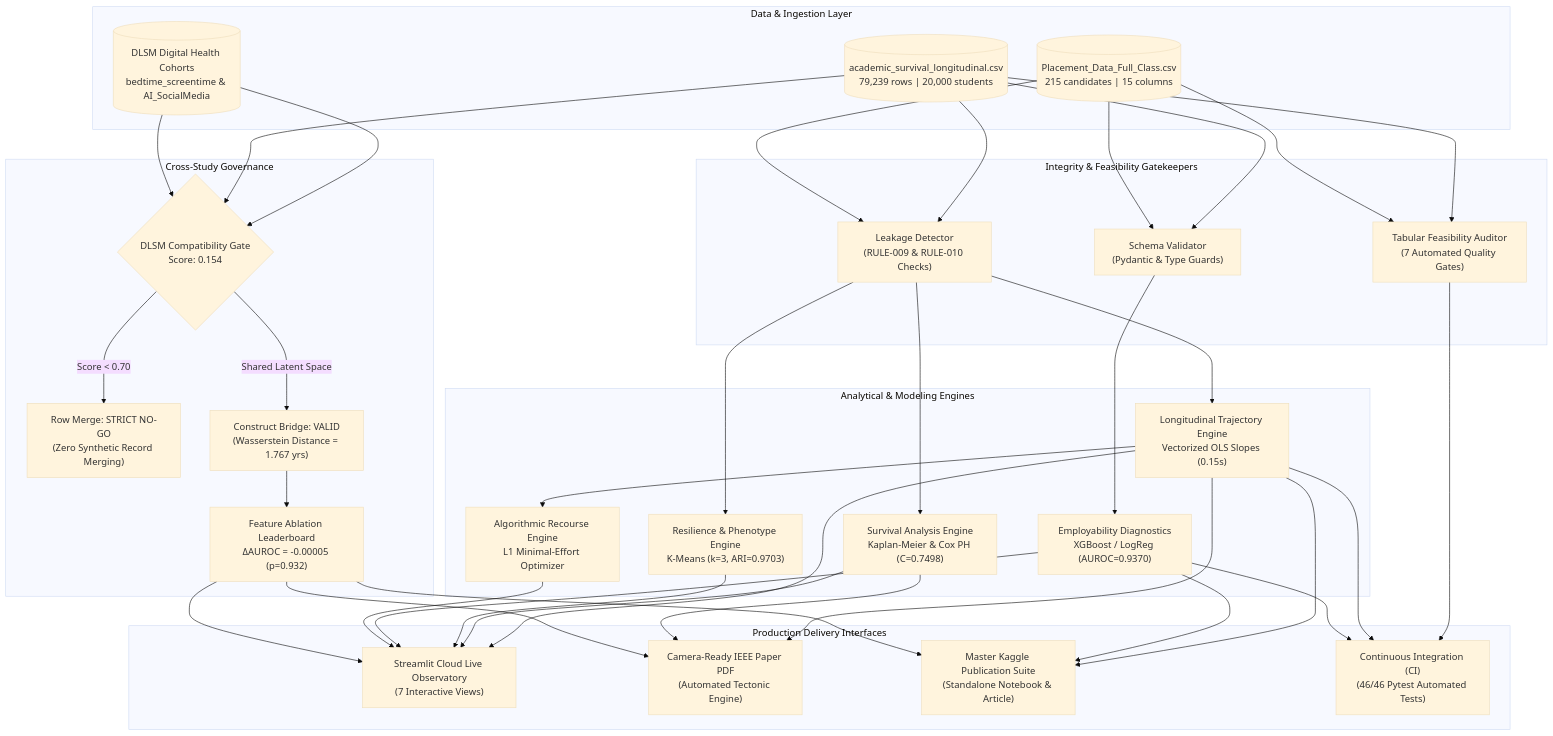
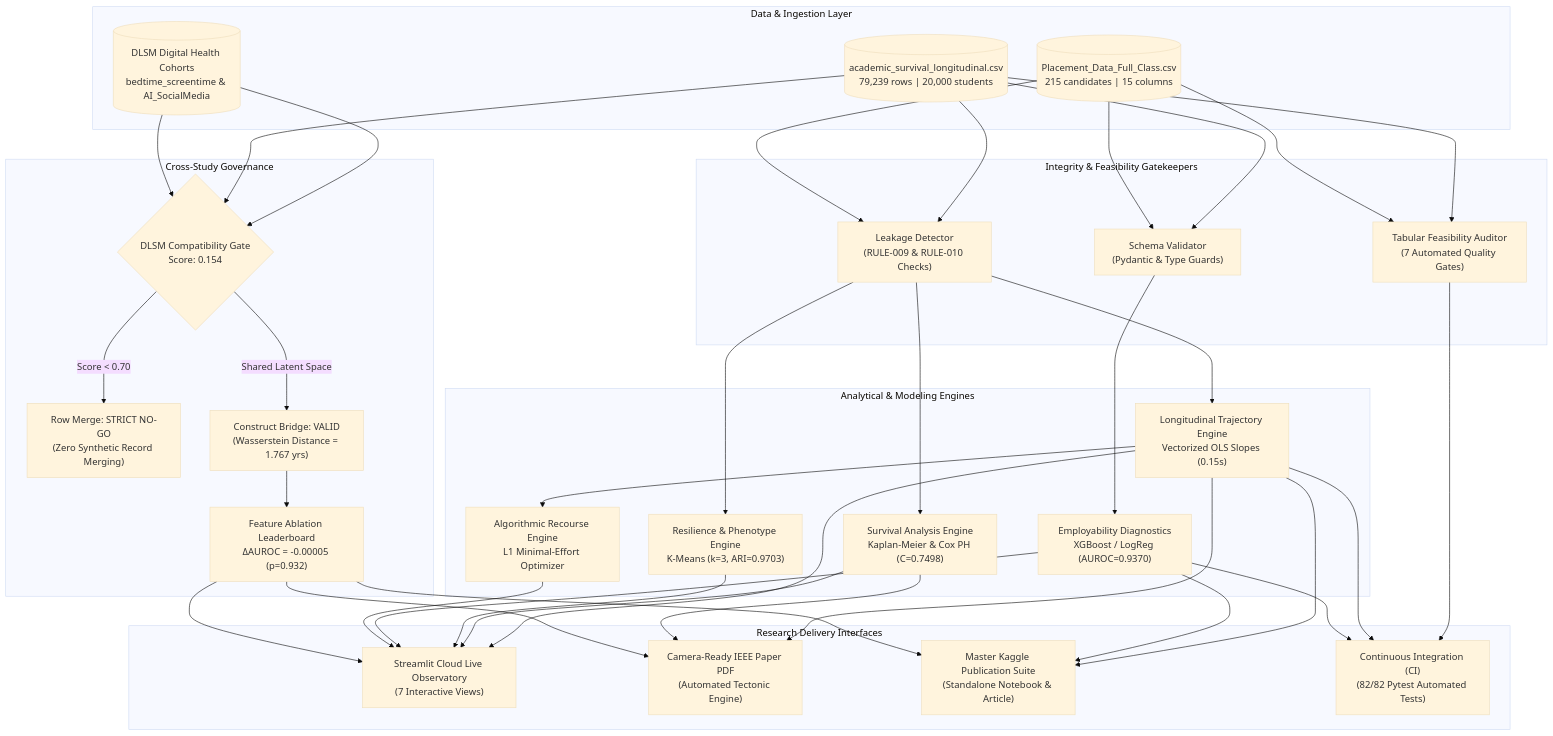
The first of 12 diagrams in README.md (HarshkumarG007/SSIF), drawn with Mermaid (base theme) before and after one commit. The commit also changed other lines of this file, not shown here.

````diff
--- a/README.md
+++ b/README.md
@@ -106,54 +123,54 @@
 ```mermaid
 flowchart TD
     subgraph Data_Layer ["Data & Ingestion Layer"]
         A1[("academic_survival_longitudinal.csv<br/>79,239 rows | 20,000 students")]
         A2[("Placement_Data_Full_Class.csv<br/>215 candidates | 15 columns")]
         A3[("DLSM Digital Health Cohorts<br/>bedtime_screentime & AI_SocialMedia")]
     end
 
     subgraph Validation_Layer ["Integrity & Feasibility Gatekeepers"]
         V1["Schema Validator<br/>(Pydantic & Type Guards)"]
         V2["Leakage Detector<br/>(RULE-009 & RULE-010 Checks)"]
         V3["Tabular Feasibility Auditor<br/>(7 Automated Quality Gates)"]
     end
 
     subgraph Analytical_Engines ["Analytical & Modeling Engines"]
         E1["Longitudinal Trajectory Engine<br/>Vectorized OLS Slopes (0.15s)"]
         E2["Survival Analysis Engine<br/>Kaplan-Meier & Cox PH (C=0.7498)"]
         E3["Resilience & Phenotype Engine<br/>K-Means (k=3, ARI=0.9703)"]
         E4["Employability Diagnostics<br/>XGBoost / LogReg (AUROC=0.9370)"]
         E5["Algorithmic Recourse Engine<br/>L1 Minimal-Effort Optimizer"]
     end
 
     subgraph Cross_Study_Gate ["Cross-Study Governance"]
         G1{"DLSM Compatibility Gate<br/>Score: 0.154"}
         G2["Row Merge: STRICT NO-GO<br/>(Zero Synthetic Record Merging)"]
         G3["Construct Bridge: VALID<br/>(Wasserstein Distance = 1.767 yrs)"]
         G4["Feature Ablation Leaderboard<br/>ΔAUROC = -0.00005 (p=0.932)"]
     end
 
-    subgraph Delivery_Layer ["Production Delivery Interfaces"]
+    subgraph Delivery_Layer ["Research Delivery Interfaces"]
         D1["Streamlit Cloud Live Observatory<br/>(7 Interactive Views)"]
         D2["Camera-Ready IEEE Paper PDF<br/>(Automated Tectonic Engine)"]
         D3["Master Kaggle Publication Suite<br/>(Standalone Notebook & Article)"]
-        D4["Continuous Integration (CI)<br/>(46/46 Pytest Automated Tests)"]
+        D4["Continuous Integration (CI)<br/>(82/82 Pytest Automated Tests)"]
     end
 
     A1 --> V1 & V2 & V3
     A2 --> V1 & V2 & V3
     A3 --> G1
 
     V2 --> E1 & E2 & E3
     V1 --> E4
     E1 --> E5
 
     A1 & A3 --> G1
     G1 -->|"Score < 0.70"| G2
     G1 -->|"Shared Latent Space"| G3
     G3 --> G4
 
     E1 & E2 & E3 & E4 & E5 & G4 --> D1
     E1 & E2 & G4 --> D2
     E1 & E4 & G4 --> D3
     V3 & E1 & E4 --> D4
 ```
````
